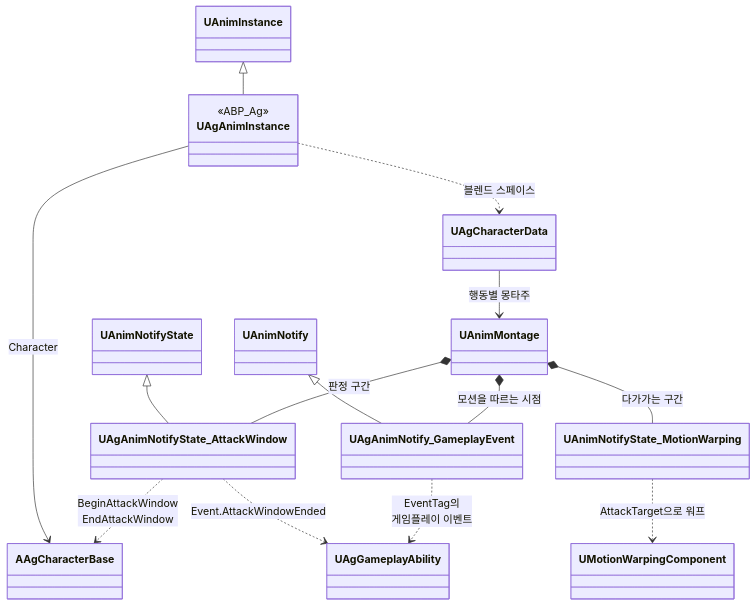
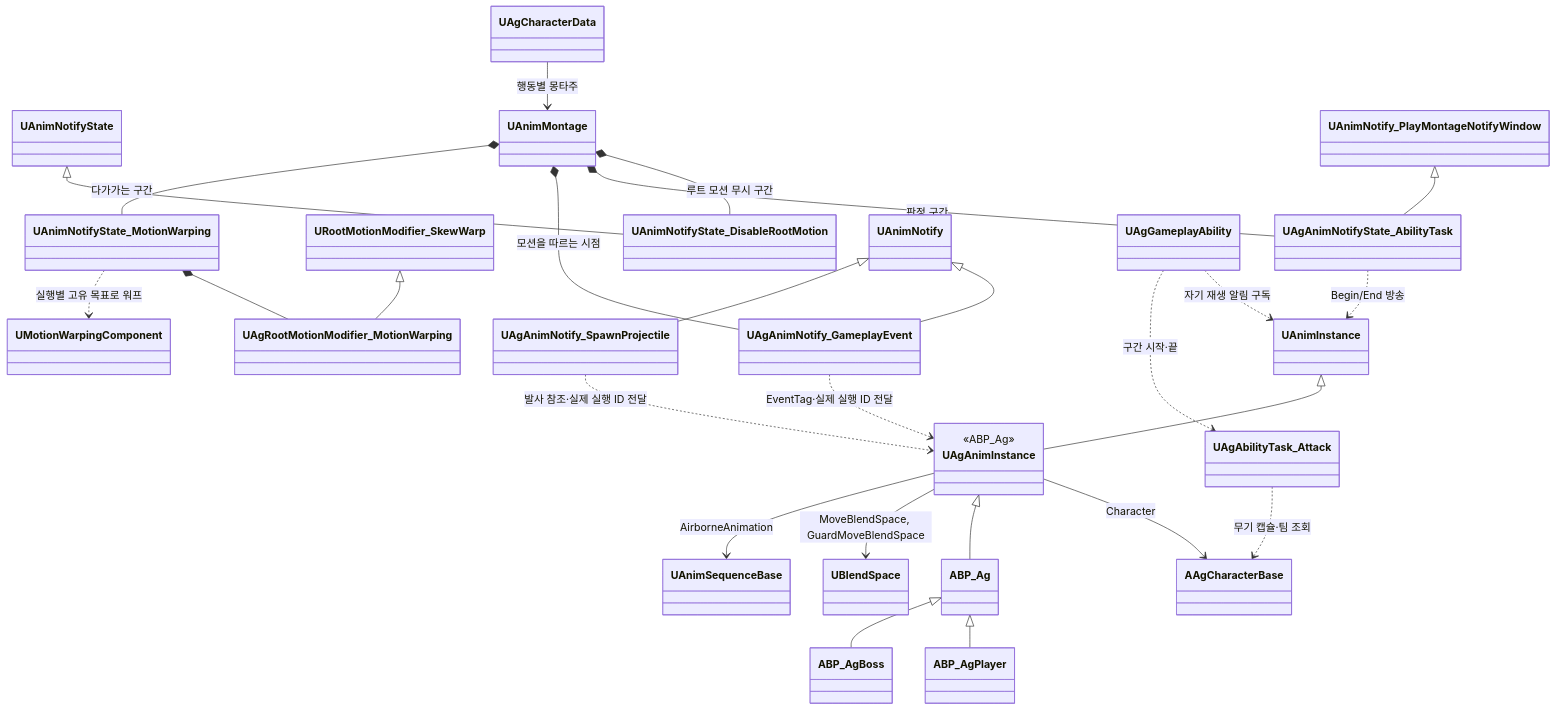
The diagram in Docs/Program/애니메이션과 이동.md (Woogl/Ag), drawn with Mermaid before and after one commit. The commit also changed other lines of this file and 241 other files, not shown here.

Commit message:
구현: 행동을 단일 어빌리티와 AbilityTask 기능으로 재구성

````diff
--- a/Docs/Program/애니메이션과 이동.md
+++ b/Docs/Program/애니메이션과 이동.md
@@ -42,21 +47,33 @@
 ```mermaid
 classDiagram
     direction TB
     class UAgAnimInstance {
         <<ABP_Ag>>
     }
     UAnimInstance <|-- UAgAnimInstance
     UAgAnimInstance --> AAgCharacterBase : Character
-    UAgAnimInstance ..> UAgCharacterData : 블렌드 스페이스
+    UAgAnimInstance <|-- ABP_Ag
+    ABP_Ag <|-- ABP_AgPlayer
+    ABP_Ag <|-- ABP_AgBoss
+    UAgAnimInstance --> UBlendSpace : MoveBlendSpace, GuardMoveBlendSpace
+    UAgAnimInstance --> UAnimSequenceBase : AirborneAnimation
 
-    UAnimNotifyState <|-- UAgAnimNotifyState_AttackWindow
+    UAnimNotifyState <|-- UAnimNotifyState_DisableRootMotion
+    UAnimMontage *-- UAnimNotifyState_DisableRootMotion : 루트 모션 무시 구간
+    URootMotionModifier_SkewWarp <|-- UAgRootMotionModifier_MotionWarping
+    UAnimNotifyState_MotionWarping *-- UAgRootMotionModifier_MotionWarping
+    UAnimNotify_PlayMontageNotifyWindow <|-- UAgAnimNotifyState_AbilityTask
     UAnimNotify <|-- UAgAnimNotify_GameplayEvent
+    UAnimNotify <|-- UAgAnimNotify_SpawnProjectile
     UAgCharacterData --> UAnimMontage : 행동별 몽타주
-    UAnimMontage *-- UAgAnimNotifyState_AttackWindow : 판정 구간
+    UAnimMontage *-- UAgAnimNotifyState_AbilityTask : 판정 구간
     UAnimMontage *-- UAgAnimNotify_GameplayEvent : 모션을 따르는 시점
-    UAgAnimNotifyState_AttackWindow ..> AAgCharacterBase : BeginAttackWindow<br>EndAttackWindow
-    UAgAnimNotifyState_AttackWindow ..> UAgGameplayAbility : Event.AttackWindowEnded
-    UAgAnimNotify_GameplayEvent ..> UAgGameplayAbility : EventTag의<br>게임플레이 이벤트
+    UAgAnimNotifyState_AbilityTask ..> UAnimInstance : Begin/End 방송
+    UAgGameplayAbility ..> UAnimInstance : 자기 재생 알림 구독
+    UAgGameplayAbility ..> UAgAbilityTask_Attack : 구간 시작·끝
+    UAgAbilityTask_Attack ..> AAgCharacterBase : 무기 캡슐·팀 조회
+    UAgAnimNotify_GameplayEvent ..> UAgAnimInstance : EventTag·실제 실행 ID 전달
+    UAgAnimNotify_SpawnProjectile ..> UAgAnimInstance : 발사 참조·실제 실행 ID 전달
     UAnimMontage *-- UAnimNotifyState_MotionWarping : 다가가는 구간
-    UAnimNotifyState_MotionWarping ..> UMotionWarpingComponent : AttackTarget으로 워프
+    UAnimNotifyState_MotionWarping ..> UMotionWarpingComponent : 실행별 고유 목표로 워프
 ```
````
